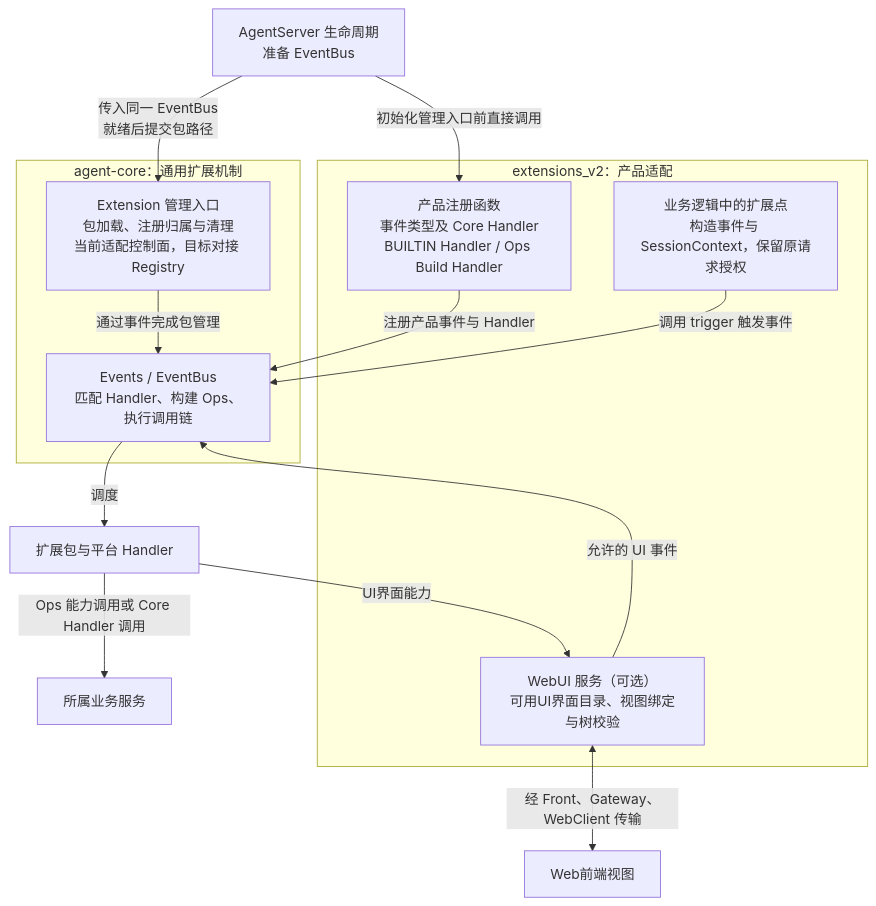
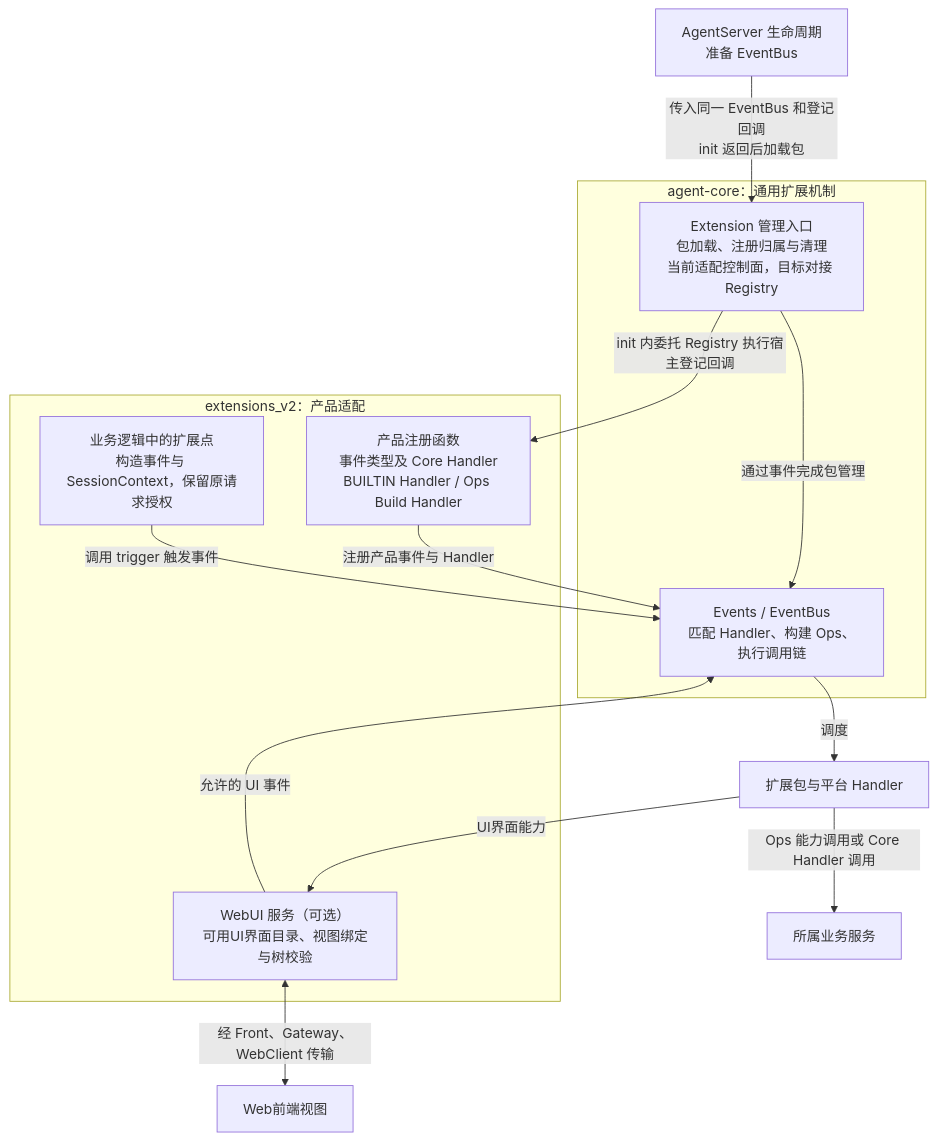
The diagram in jiuwenswarm/extensions_v2/docs/designs/extensions-v2-overview.md (openJiuwen-ai/jiuwenswarm), drawn with Mermaid before and after one commit. The commit also changed other lines of this file and 4 other files, not shown here.

````diff
--- a/jiuwenswarm/extensions_v2/docs/designs/extensions-v2-overview.md
+++ b/jiuwenswarm/extensions_v2/docs/designs/extensions-v2-overview.md
@@ -50,22 +50,22 @@
 ```mermaid
 flowchart TB
-    Host["AgentServer 生命周期<br/>准备 EventBus"] -->|"传入同一 EventBus<br/>就绪后提交包路径"| Manager
+    Host["AgentServer 生命周期<br/>准备 EventBus"] -->|传入同一 EventBus 和登记回调<br/>init 返回后加载包| Manager
     subgraph Core["agent-core：通用扩展机制"]
         Manager["Extension 管理入口<br/>包加载、注册归属与清理<br/>当前适配控制面，目标对接 Registry"]
         Bus["Events / EventBus<br/>匹配 Handler、构建 Ops、执行调用链"]
         Manager -->|"通过事件完成包管理"| Bus
     end
     subgraph Adapter["extensions_v2：产品适配"]
         Catalog["产品注册函数<br/>事件类型及 Core Handler<br/>BUILTIN Handler / Ops Build Handler"]
         Entry["业务逻辑中的扩展点<br/>构造事件与 SessionContext，保留原请求授权"]
         UI["WebUI 服务（可选）<br/>可用UI界面目录、视图绑定与树校验"]
     end
-    Host -->|"初始化管理入口前直接调用"| Catalog
+    Manager -->|init 内委托 Registry 执行宿主登记回调| Catalog
     Catalog -->|注册产品事件与 Handler| Bus
     Entry -->|调用 trigger 触发事件| Bus
     Bus -->|调度| Handlers["扩展包与平台 Handler"]
     Handlers -->|Ops 能力调用或 Core Handler 调用| Biz["所属业务服务"]
     Handlers -->|UI界面能力| UI
     UI -->|允许的 UI 事件| Bus
     UI <-->|经 Front、Gateway、WebClient 传输| FE["Web前端视图"]
 ```
````
